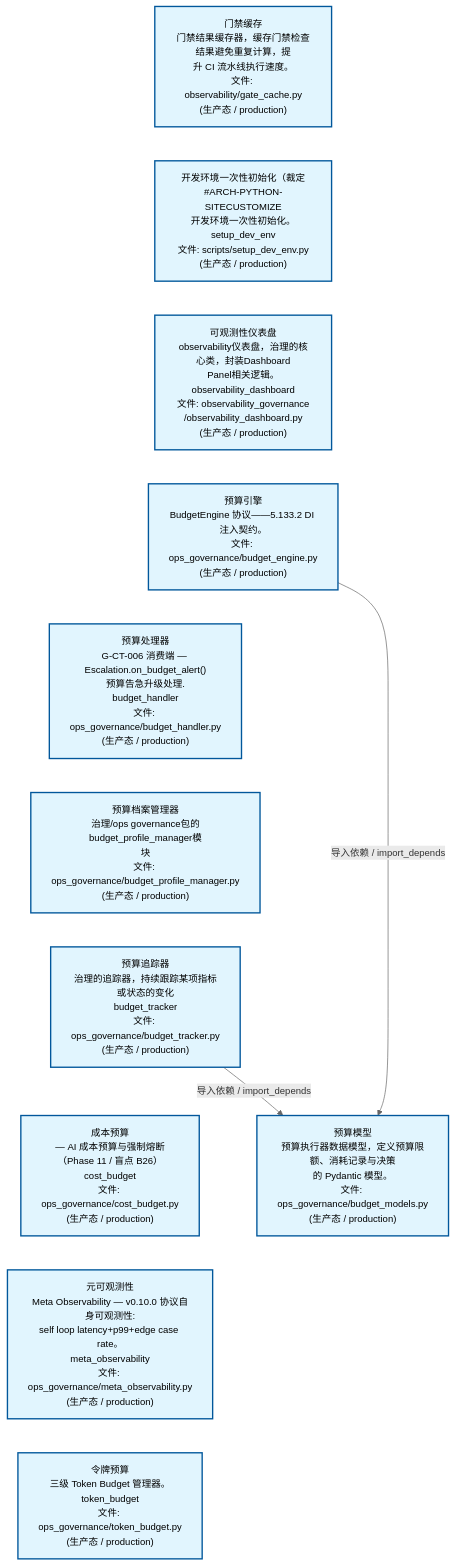
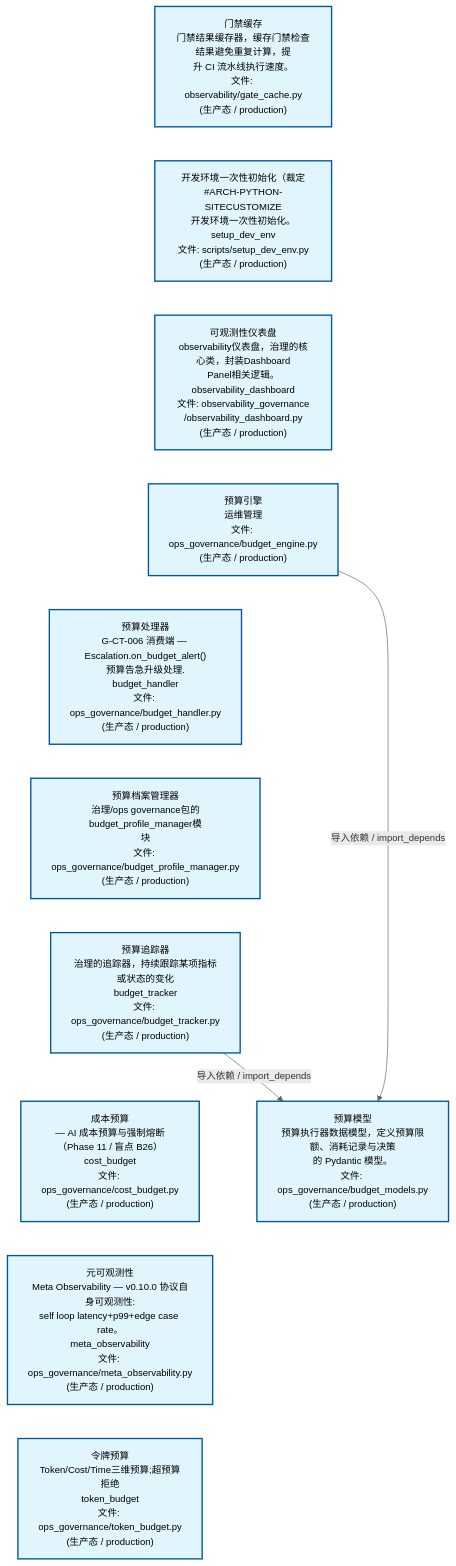
The second of 3 diagrams in docs/02_enterprise_architecture/02_domain_architecture_docs/24_d_ops.md (xuanFelixVan/ZephyrAlpha), drawn with Mermaid before and after one commit. The commit also changed other lines of this file and 30 other files, not shown here.

````diff
--- a/docs/02_enterprise_architecture/02_domain_architecture_docs/24_d_ops.md
+++ b/docs/02_enterprise_architecture/02_domain_architecture_docs/24_d_ops.md
@@ -126,31 +126,31 @@
 ```mermaid
 %%{init: {'theme': 'base', 'themeVariables': {'primaryColor': '#eaeaea', 'primaryTextColor': '#333333', 'primaryBorderColor': '#666666', 'lineColor': '#666666', 'secondaryColor': '#eaeaea', 'tertiaryColor': '#eaeaea', 'fontSize': '14px'}}}%%
 flowchart TD
     scripts_governance_observability_gate_cache_py["门禁缓存<br/>门禁结果缓存器，缓存门禁检查结果避免重复计算，提<br/>升 CI 流水线执行速度。<br/>文件: observability/gate_cache.py<br/>(生产态 / production)"]
     scripts_setup_dev_env_py["开发环境一次性初始化（裁定<br/>#ARCH-PYTHON-SITECUSTOMIZE<br/>开发环境一次性初始化。<br/>setup_dev_env<br/>文件: scripts/setup_dev_env.py<br/>(生产态 / production)"]
     src_zephyr_governance_observability_governance_observability_dashboard_py["可观测性仪表盘<br/>observability仪表盘，治理的核心类，封装Dashboard<br/>Panel相关逻辑。<br/>observability_dashboard<br/>文件: observability_governance<br/>/observability_dashboard.py<br/>(生产态 / production)"]
-    src_zephyr_governance_ops_governance_budget_engine_py["预算引擎<br/>BudgetEngine 协议——5.133.2 DI 注入契约。<br/>文件: ops_governance/budget_engine.py<br/>(生产态 / production)"]
+    src_zephyr_governance_ops_governance_budget_engine_py["预算引擎<br/>运维管理<br/>文件: ops_governance/budget_engine.py<br/>(生产态 / production)"]
     src_zephyr_governance_ops_governance_budget_handler_py["预算处理器<br/>G-CT-006 消费端 — Escalation.on_budget_alert()<br/>预算告急升级处理.<br/>budget_handler<br/>文件: ops_governance/budget_handler.py<br/>(生产态 / production)"]
     src_zephyr_governance_ops_governance_budget_profile_manager_py["预算档案管理器<br/>治理/ops governance包的budget_profile_manager模<br/>块<br/>文件: ops_governance/budget_profile_manager.py<br/>(生产态 / production)"]
     src_zephyr_governance_ops_governance_budget_tracker_py["预算追踪器<br/>治理的追踪器，持续跟踪某项指标或状态的变化<br/>budget_tracker<br/>文件: ops_governance/budget_tracker.py<br/>(生产态 / production)"]
     src_zephyr_governance_ops_governance_cost_budget_py["成本预算<br/>— AI 成本预算与强制熔断（Phase 11 / 盲点 B26）<br/>cost_budget<br/>文件: ops_governance/cost_budget.py<br/>(生产态 / production)"]
     src_zephyr_governance_ops_governance_meta_observability_py["元可观测性<br/>Meta Observability — v0.10.0 协议自身可观测性:<br/>self loop latency+p99+edge case rate。<br/>meta_observability<br/>文件: ops_governance/meta_observability.py<br/>(生产态 / production)"]
-    src_zephyr_governance_ops_governance_token_budget_py["令牌预算<br/>三级 Token Budget 管理器。<br/>token_budget<br/>文件: ops_governance/token_budget.py<br/>(生产态 / production)"]
+    src_zephyr_governance_ops_governance_token_budget_py["令牌预算<br/>Token/Cost/Time三维预算;超预算拒绝<br/>token_budget<br/>文件: ops_governance/token_budget.py<br/>(生产态 / production)"]
     scripts_governance_observability_gate_cache_py ~~~ scripts_setup_dev_env_py
     scripts_setup_dev_env_py ~~~ src_zephyr_governance_observability_governance_observability_dashboard_py
     src_zephyr_governance_observability_governance_observability_dashboard_py ~~~ src_zephyr_governance_ops_governance_budget_engine_py
     src_zephyr_governance_ops_governance_budget_engine_py ~~~ src_zephyr_governance_ops_governance_budget_handler_py
     src_zephyr_governance_ops_governance_budget_handler_py ~~~ src_zephyr_governance_ops_governance_budget_profile_manager_py
     src_zephyr_governance_ops_governance_budget_profile_manager_py ~~~ src_zephyr_governance_ops_governance_budget_tracker_py
     src_zephyr_governance_ops_governance_budget_tracker_py ~~~ src_zephyr_governance_ops_governance_cost_budget_py
     src_zephyr_governance_ops_governance_cost_budget_py ~~~ src_zephyr_governance_ops_governance_meta_observability_py
     src_zephyr_governance_ops_governance_meta_observability_py ~~~ src_zephyr_governance_ops_governance_token_budget_py
     src_zephyr_governance_ops_governance_budget_models_py["预算模型<br/>预算执行器数据模型，定义预算限额、消耗记录与决策<br/>的 Pydantic 模型。<br/>文件: ops_governance/budget_models.py<br/>(生产态 / production)"]
     src_zephyr_governance_ops_governance_budget_engine_py -->|导入依赖 / import_depends| src_zephyr_governance_ops_governance_budget_models_py
     src_zephyr_governance_ops_governance_budget_tracker_py -->|导入依赖 / import_depends| src_zephyr_governance_ops_governance_budget_models_py
     classDef production fill:#e1f5fe,stroke:#01579b,stroke-width:2px,color:#000
     classDef design fill:#fff3e0,stroke:#e65100,stroke-width:2px,color:#000,stroke-dasharray: 5 5
     classDef external_prod fill:#e8f4fd,stroke:#0277bd,stroke-width:1px,color:#000
     classDef external_design fill:#fff8e7,stroke:#ef6c00,stroke-width:1px,color:#000,stroke-dasharray: 5 5
     class scripts_governance_observability_gate_cache_py,scripts_setup_dev_env_py,src_zephyr_governance_observability_governance_observability_dashboard_py,src_zephyr_governance_ops_governance_budget_engine_py,src_zephyr_governance_ops_governance_budget_handler_py,src_zephyr_governance_ops_governance_budget_models_py,src_zephyr_governance_ops_governance_budget_profile_manager_py,src_zephyr_governance_ops_governance_budget_tracker_py,src_zephyr_governance_ops_governance_cost_budget_py,src_zephyr_governance_ops_governance_meta_observability_py,src_zephyr_governance_ops_governance_token_budget_py production
 ```
````
